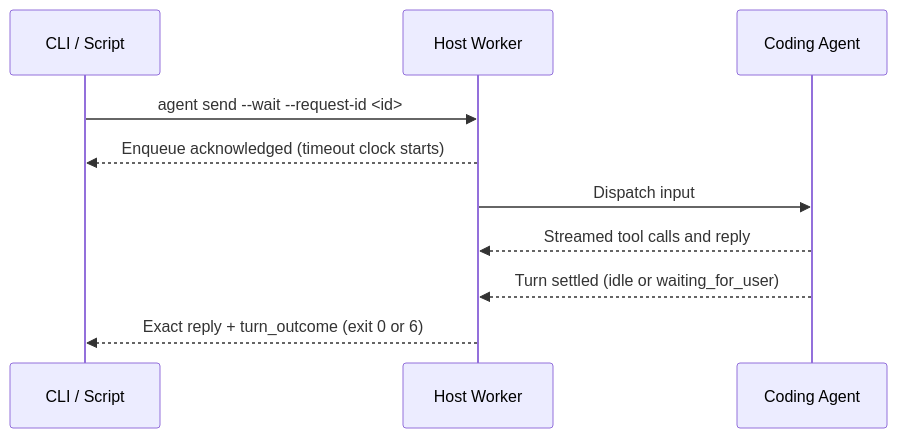
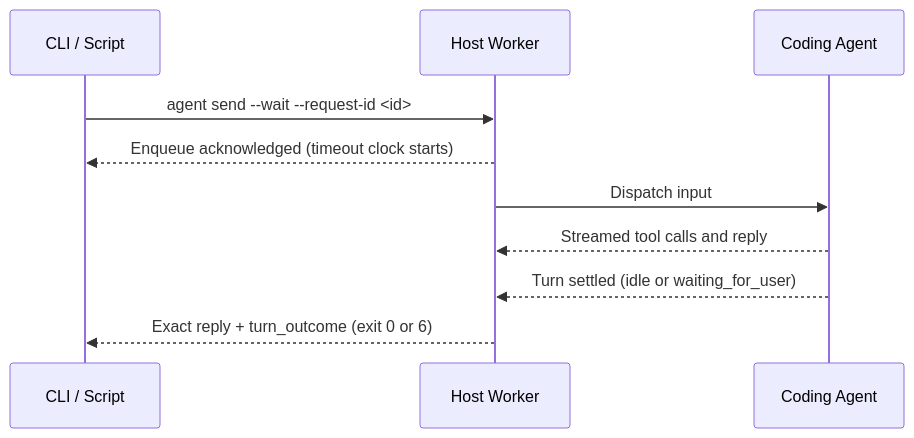
The diagram in site/content/docs/using/cli-automation.md (leapmux/leapmux), drawn with Mermaid before and after one commit. The commit also changed 82 other files, not shown here.

First line of the commit message:
docs(site): Fix diagrams, expand UI screenshots, and clarify docs

````diff
--- a/site/content/docs/using/cli-automation.md
+++ b/site/content/docs/using/cli-automation.md
@@ -53,13 +53,13 @@
 ```mermaid
 sequenceDiagram
   participant Script as CLI / Script
   participant Worker as Host Worker
   participant Agent as Coding Agent
 
-  Script->>Worker: agent send --wait --request-id <id>
+  Script->>Worker: agent send --wait --request-id #60;id#62;
   Worker-->>Script: Enqueue acknowledged (timeout clock starts)
   Worker->>Agent: Dispatch input
   Agent-->>Worker: Streamed tool calls and reply
   Agent-->>Worker: Turn settled (idle or waiting_for_user)
   Worker-->>Script: Exact reply + turn_outcome (exit 0 or 6)
 ```
````
